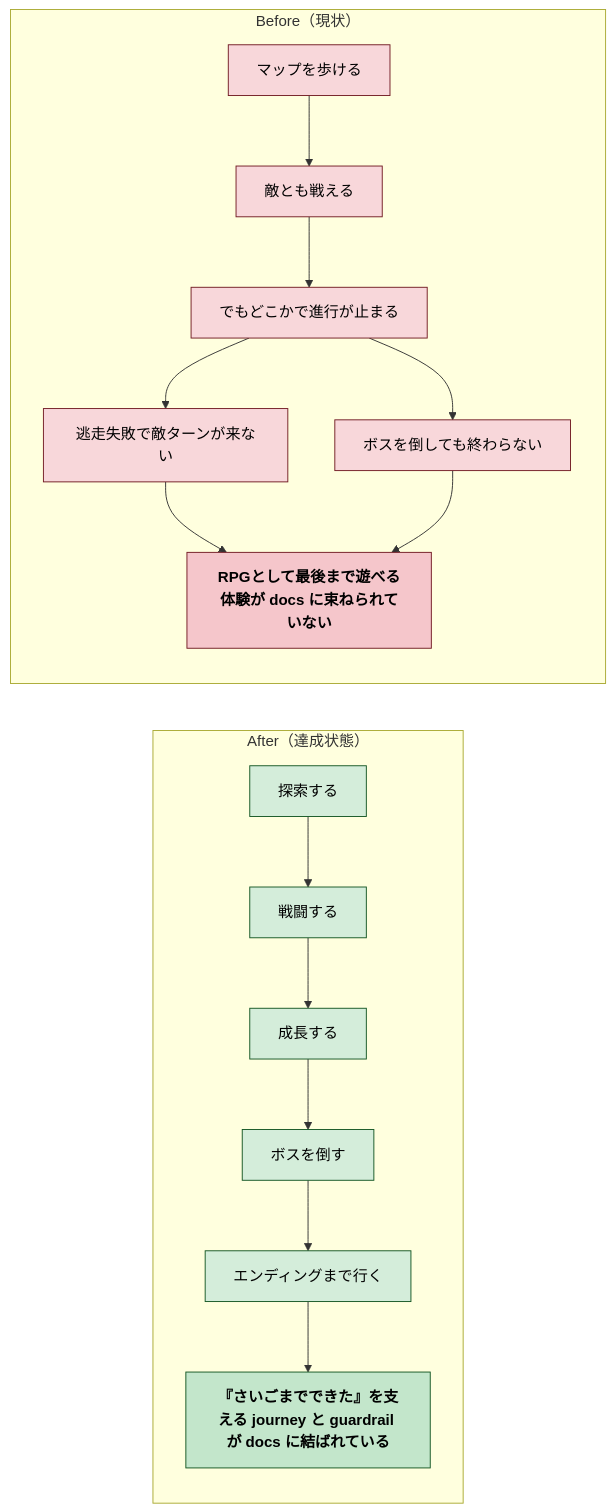
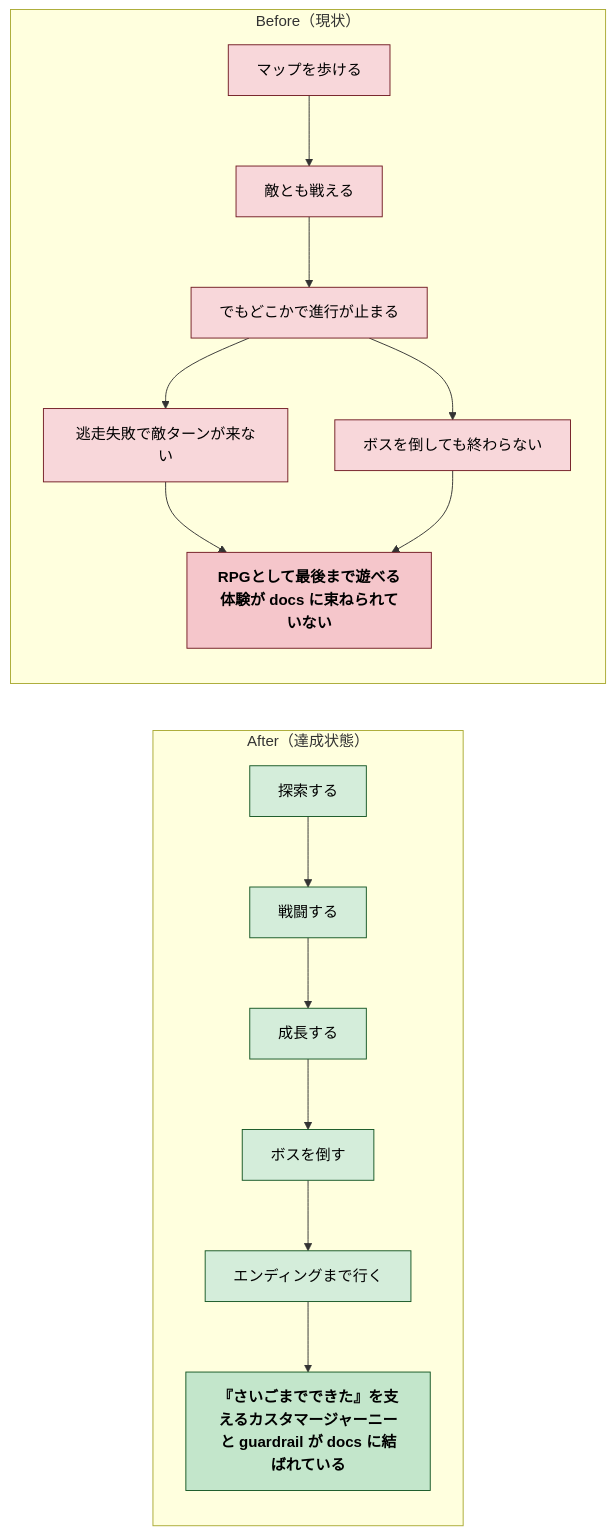
One commit to tatsuro-ueda/code-quest-pyxel changed the diagram in docs/steering/done/20260413-j42-rpg-loop-journey.md. Above: the diagram before and after it, drawn with Mermaid. The commit also changed other lines of this file and 27 other files, not shown here.

````diff
--- a/docs/steering/done/20260413-j42-rpg-loop-journey.md
+++ b/docs/steering/done/20260413-j42-rpg-loop-journey.md
@@ -28,35 +28,35 @@
 ```mermaid
 flowchart TB
     subgraph BEFORE["Before（現状）"]
         direction TB
         B1["マップを歩ける"]
         B1 --> B2["敵とも戦える"]
         B2 --> B3["でもどこかで進行が止まる"]
         B3 --> B4["逃走失敗で敵ターンが来ない"]
         B3 --> B5["ボスを倒しても終わらない"]
         B4 --> B_END["RPGとして最後まで遊べる体験が docs に束ねられていない"]
         B5 --> B_END
     end
 
     subgraph AFTER["After（達成状態）"]
         direction TB
         A1["探索する"]
         A1 --> A2["戦闘する"]
         A2 --> A3["成長する"]
         A3 --> A4["ボスを倒す"]
         A4 --> A5["エンディングまで行く"]
-        A5 --> A_END["『さいごまでできた』を支える journey と guardrail が docs に結ばれている"]
+        A5 --> A_END["『さいごまでできた』を支えるカスタマージャーニーと guardrail が docs に結ばれている"]
     end
 
     BEFORE ~~~ AFTER
 
     classDef oldStyle fill:#f8d7da,stroke:#721c24,color:#000000;
     classDef newStyle fill:#d4edda,stroke:#155724,color:#000000;
     classDef endOld fill:#f5c6cb,stroke:#721c24,color:#000000,font-weight:bold;
     classDef endNew fill:#c3e6cb,stroke:#155724,color:#000000,font-weight:bold;
 
     class B1,B2,B3,B4,B5 oldStyle;
     class A1,A2,A3,A4,A5 newStyle;
     class B_END endOld;
     class A_END endNew;
 ```
````
